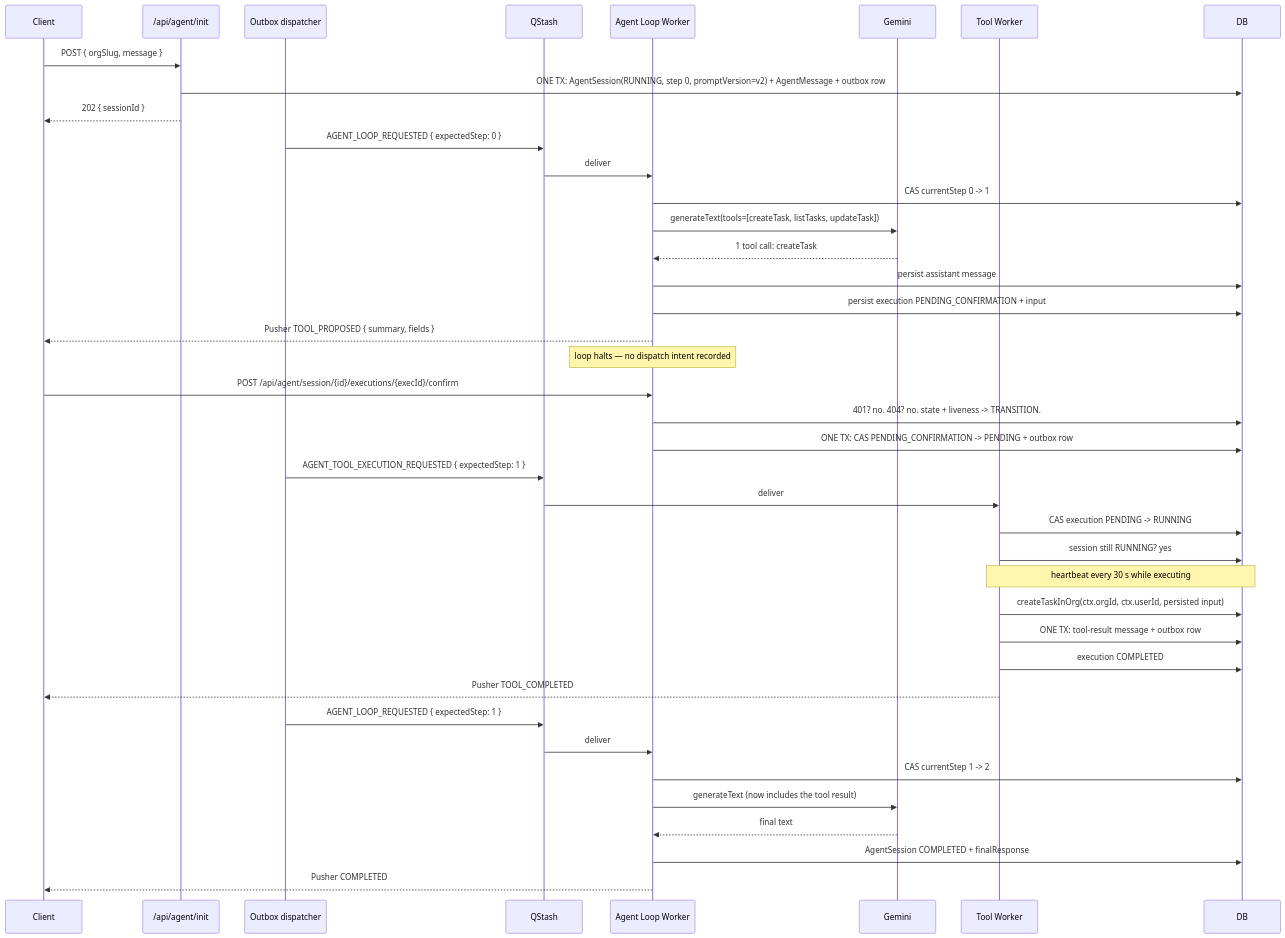
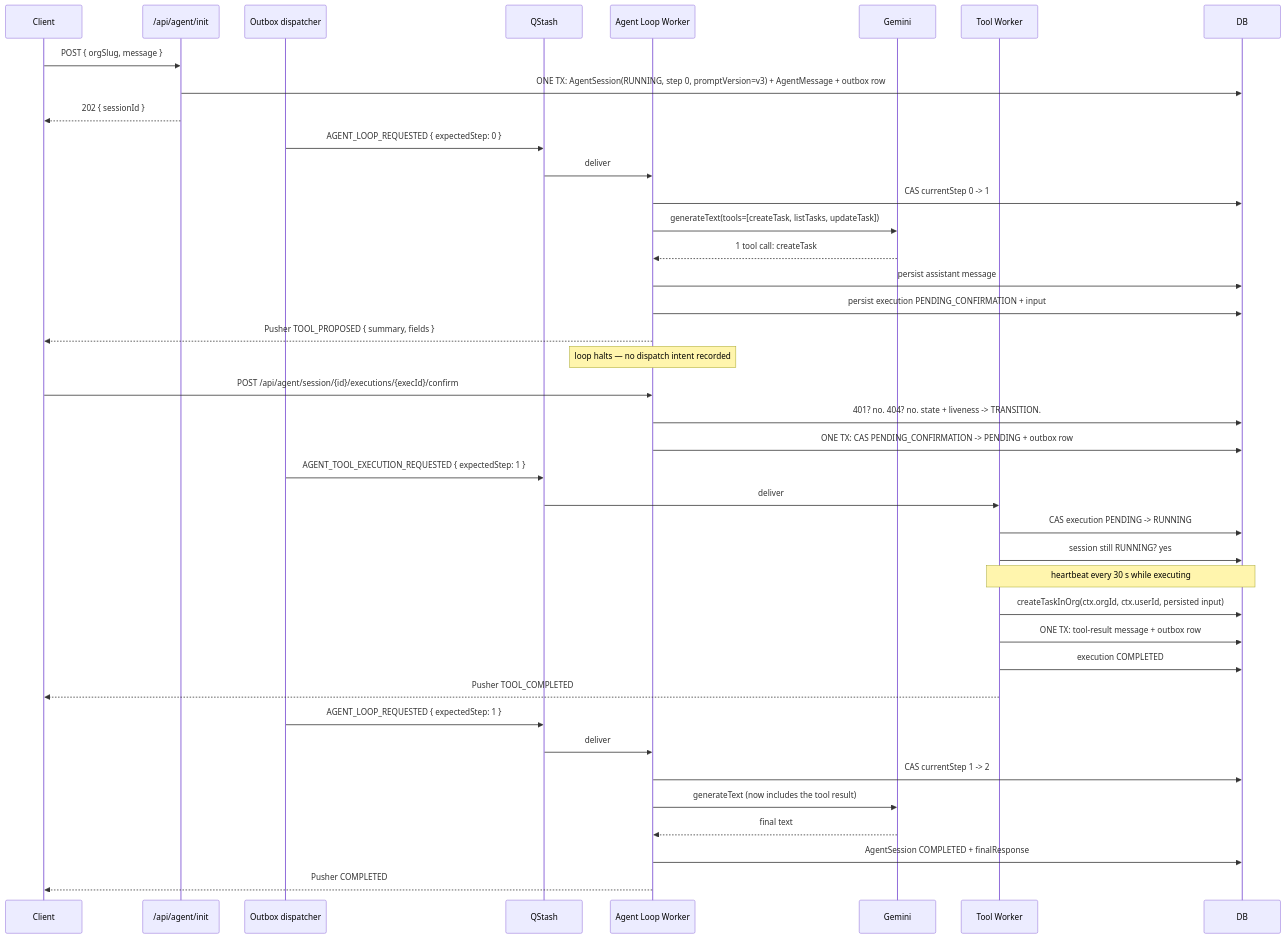
Before and after one commit to Mayur11code/Forge: the seventh of 7 diagrams in forge/docs/architecture/agent/runtime.md, drawn with Mermaid. The commit also changed other lines of this file and 7 other files, not shown here.

````diff
--- a/forge/docs/architecture/agent/runtime.md
+++ b/forge/docs/architecture/agent/runtime.md
@@ -856,44 +856,44 @@
 ```mermaid
 sequenceDiagram
     participant C as Client
     participant I as /api/agent/init
     participant O as Outbox dispatcher
     participant Q as QStash
     participant L as Agent Loop Worker
     participant M as Gemini
     participant T as Tool Worker
     participant D as DB
 
     C->>I: POST { orgSlug, message }
-    I->>D: ONE TX: AgentSession(RUNNING, step 0, promptVersion=v2) + AgentMessage + outbox row
+    I->>D: ONE TX: AgentSession(RUNNING, step 0, promptVersion=v3) + AgentMessage + outbox row
     I-->>C: 202 { sessionId }
     O->>Q: AGENT_LOOP_REQUESTED { expectedStep: 0 }
     Q->>L: deliver
     L->>D: CAS currentStep 0 -> 1
     L->>M: generateText(tools=[createTask, listTasks, updateTask])
     M-->>L: 1 tool call: createTask
     L->>D: persist assistant message
     L->>D: persist execution PENDING_CONFIRMATION + input
     L-->>C: Pusher TOOL_PROPOSED { summary, fields }
     Note over L: loop halts — no dispatch intent recorded
 
     C->>L: POST /api/agent/session/{id}/executions/{execId}/confirm
     L->>D: 401? no. 404? no. state + liveness -> TRANSITION.
     L->>D: ONE TX: CAS PENDING_CONFIRMATION -> PENDING + outbox row
     O->>Q: AGENT_TOOL_EXECUTION_REQUESTED { expectedStep: 1 }
     Q->>T: deliver
     T->>D: CAS execution PENDING -> RUNNING
     T->>D: session still RUNNING? yes
     Note over T,D: heartbeat every 30 s while executing
     T->>D: createTaskInOrg(ctx.orgId, ctx.userId, persisted input)
     T->>D: ONE TX: tool-result message + outbox row
     T->>D: execution COMPLETED
     T-->>C: Pusher TOOL_COMPLETED
     O->>Q: AGENT_LOOP_REQUESTED { expectedStep: 1 }
     Q->>L: deliver
     L->>D: CAS currentStep 1 -> 2
     L->>M: generateText (now includes the tool result)
     M-->>L: final text
     L->>D: AgentSession COMPLETED + finalResponse
     L-->>C: Pusher COMPLETED
 ```
````
